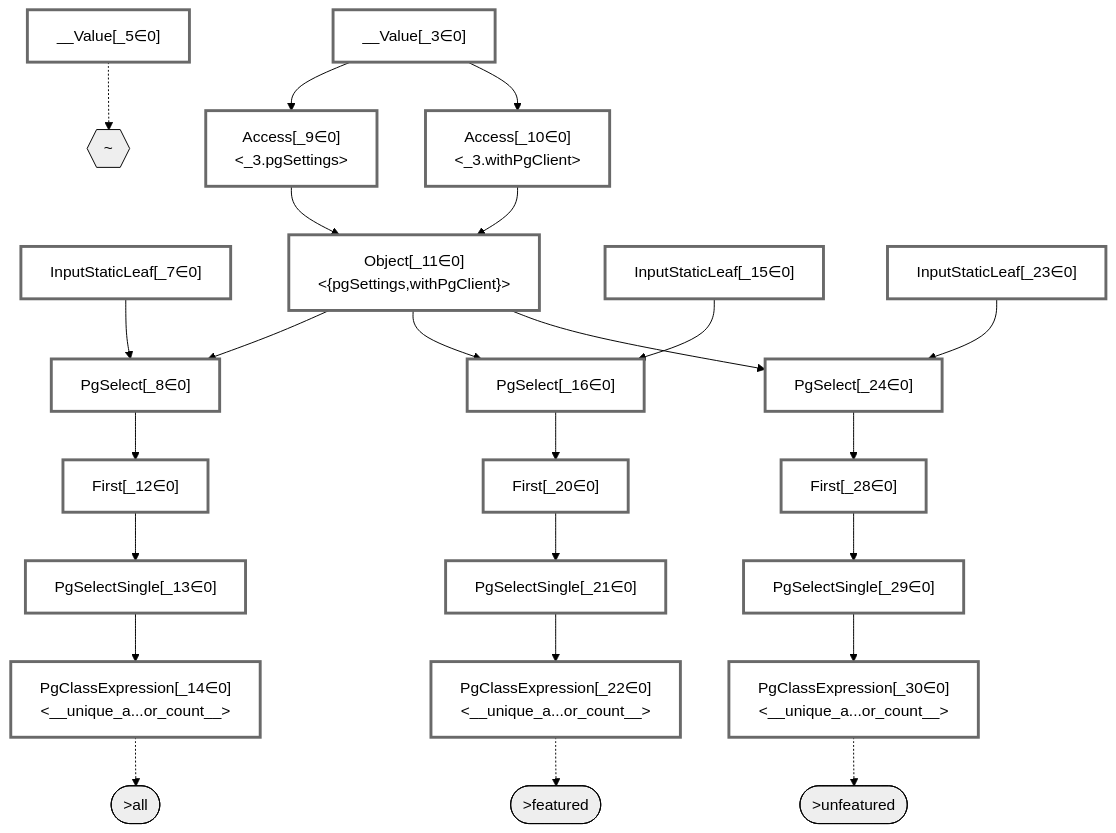
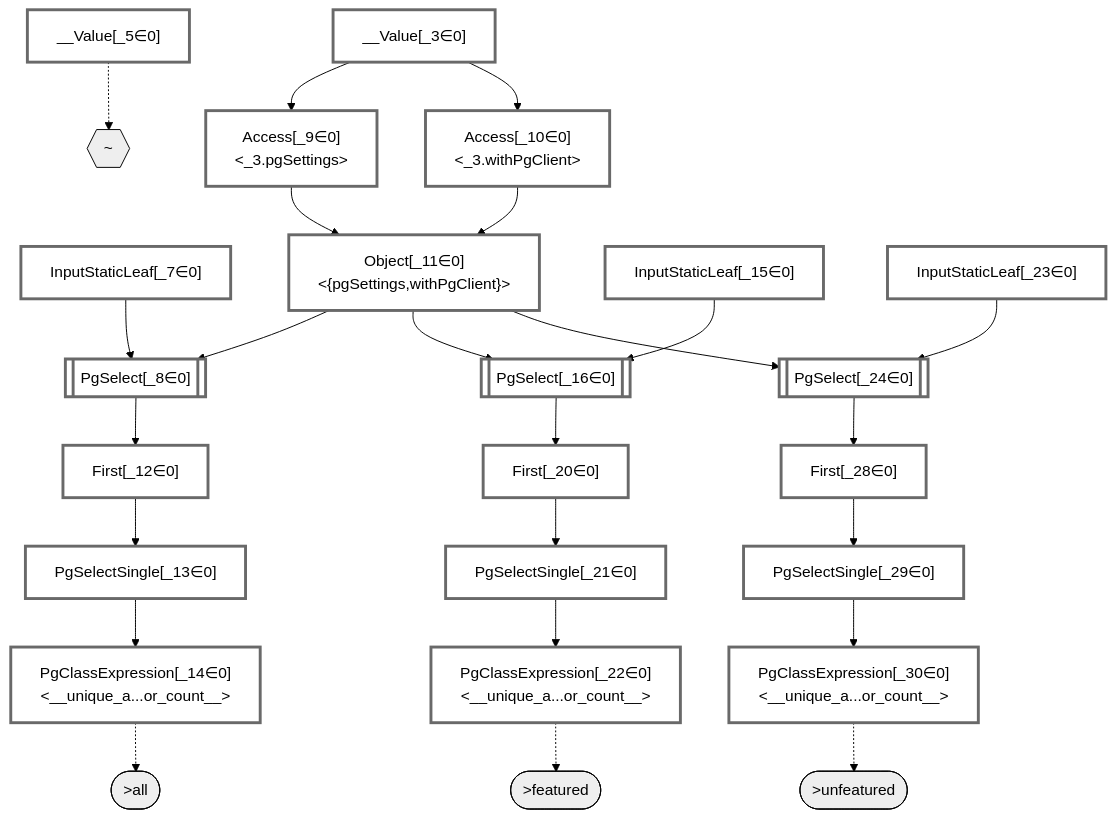
Before and after one commit to graphile/crystal: the diagram in packages/dataplan-pg/__tests__/queries/functions/custom-query-scalar.mermaid.md, drawn with Mermaid (forest theme). The commit also changed 195 other files, not shown here.

````diff
--- a/packages/dataplan-pg/__tests__/queries/functions/custom-query-scalar.mermaid.md
+++ b/packages/dataplan-pg/__tests__/queries/functions/custom-query-scalar.mermaid.md
@@ -1,70 +1,70 @@
 ```mermaid
 graph TD
     classDef path fill:#eee,stroke:#000,color:#000
     classDef plan fill:#fff,stroke-width:3px,color:#000
     classDef itemplan fill:#fff,stroke-width:6px,color:#000
     classDef sideeffectplan fill:#f00,stroke-width:6px,color:#000
 
     %% subgraph fields
     P1{{"~"}}:::path
     P2([">all"]):::path
     %% P1 -.-> P2
     P3([">featured"]):::path
     %% P1 -.-> P3
     P4([">unfeatured"]):::path
     %% P1 -.-> P4
     %% end
 
     %% define plans
     __Value_3["__Value[_3∈0]<br /><context>"]:::plan
     __Value_5["__Value[_5∈0]<br /><rootValue>"]:::plan
     InputStaticLeaf_7["InputStaticLeaf[_7∈0]"]:::plan
-    PgSelect_8["PgSelect[_8∈0]<br /><unique_author_count>"]:::plan
+    PgSelect_8[["PgSelect[_8∈0]<br /><unique_author_count>"]]:::plan
     Access_9["Access[_9∈0]<br /><_3.pgSettings>"]:::plan
     Access_10["Access[_10∈0]<br /><_3.withPgClient>"]:::plan
     Object_11["Object[_11∈0]<br /><{pgSettings,withPgClient}>"]:::plan
     First_12["First[_12∈0]"]:::plan
     PgSelectSingle_13["PgSelectSingle[_13∈0]<br /><unique_author_count>"]:::plan
     PgClassExpression_14["PgClassExpression[_14∈0]<br /><__unique_a...or_count__>"]:::plan
     InputStaticLeaf_15["InputStaticLeaf[_15∈0]"]:::plan
-    PgSelect_16["PgSelect[_16∈0]<br /><unique_author_count>"]:::plan
+    PgSelect_16[["PgSelect[_16∈0]<br /><unique_author_count>"]]:::plan
     First_20["First[_20∈0]"]:::plan
     PgSelectSingle_21["PgSelectSingle[_21∈0]<br /><unique_author_count>"]:::plan
     PgClassExpression_22["PgClassExpression[_22∈0]<br /><__unique_a...or_count__>"]:::plan
     InputStaticLeaf_23["InputStaticLeaf[_23∈0]"]:::plan
-    PgSelect_24["PgSelect[_24∈0]<br /><unique_author_count>"]:::plan
+    PgSelect_24[["PgSelect[_24∈0]<br /><unique_author_count>"]]:::plan
     First_28["First[_28∈0]"]:::plan
     PgSelectSingle_29["PgSelectSingle[_29∈0]<br /><unique_author_count>"]:::plan
     PgClassExpression_30["PgClassExpression[_30∈0]<br /><__unique_a...or_count__>"]:::plan
 
     %% plan dependencies
     Object_11 --> PgSelect_8
     InputStaticLeaf_7 --> PgSelect_8
     __Value_3 --> Access_9
     __Value_3 --> Access_10
     Access_9 --> Object_11
     Access_10 --> Object_11
     PgSelect_8 --> First_12
     First_12 --> PgSelectSingle_13
     PgSelectSingle_13 --> PgClassExpression_14
     Object_11 --> PgSelect_16
     InputStaticLeaf_15 --> PgSelect_16
     PgSelect_16 --> First_20
     First_20 --> PgSelectSingle_21
     PgSelectSingle_21 --> PgClassExpression_22
     Object_11 --> PgSelect_24
     InputStaticLeaf_23 --> PgSelect_24
     PgSelect_24 --> First_28
     First_28 --> PgSelectSingle_29
     PgSelectSingle_29 --> PgClassExpression_30
 
     %% plan-to-path relationships
     __Value_5 -.-> P1
     PgClassExpression_14 -.-> P2
     PgClassExpression_22 -.-> P3
     PgClassExpression_30 -.-> P4
 
     %% allocate buckets
     classDef bucket0 stroke:#696969
     class __Value_3,__Value_5,InputStaticLeaf_7,PgSelect_8,Access_9,Access_10,Object_11,First_12,PgSelectSingle_13,PgClassExpression_14,InputStaticLeaf_15,PgSelect_16,First_20,PgSelectSingle_21,PgClassExpression_22,InputStaticLeaf_23,PgSelect_24,First_28,PgSelectSingle_29,PgClassExpression_30 bucket0
 ```
````
